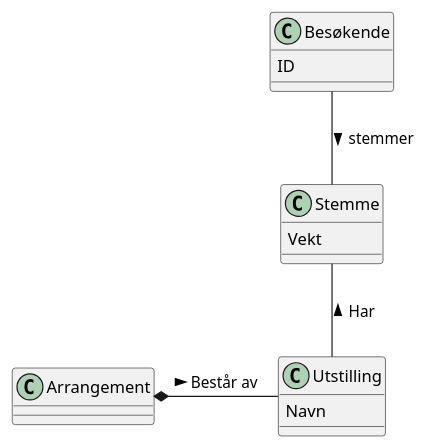
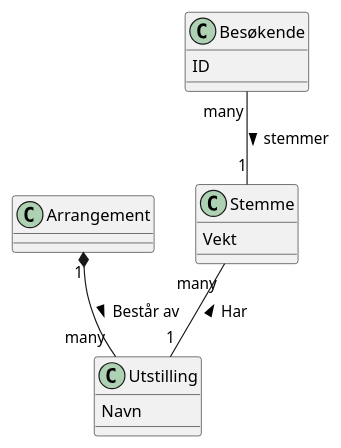
The diagram in Diagrammer/Domenemodell.puml (trulsma/DAT109_Prosjekt), drawn with PlantUML before and after one commit.

Commit message:
numbers added

```diff
--- a/Diagrammer/Domenemodell.puml
+++ b/Diagrammer/Domenemodell.puml
@@ -1,24 +1,24 @@
 @startuml
 
 class Arrangement {
 }
 
 class Utstilling {
     Navn
 }
 
 class Stemme {
     Vekt
 }
 
 class Besøkende{
     ID
 }
 
-Besøkende -- Stemme : > stemmer
+Besøkende "many" -- "1" Stemme : > stemmer
 
-Arrangement *- Utstilling : Består av >
+Arrangement "1" *-- "many" Utstilling : Består av >
 
-Stemme -- Utstilling : < Har
+Stemme "many" -- "1" Utstilling : < Har
 
 @enduml
```
